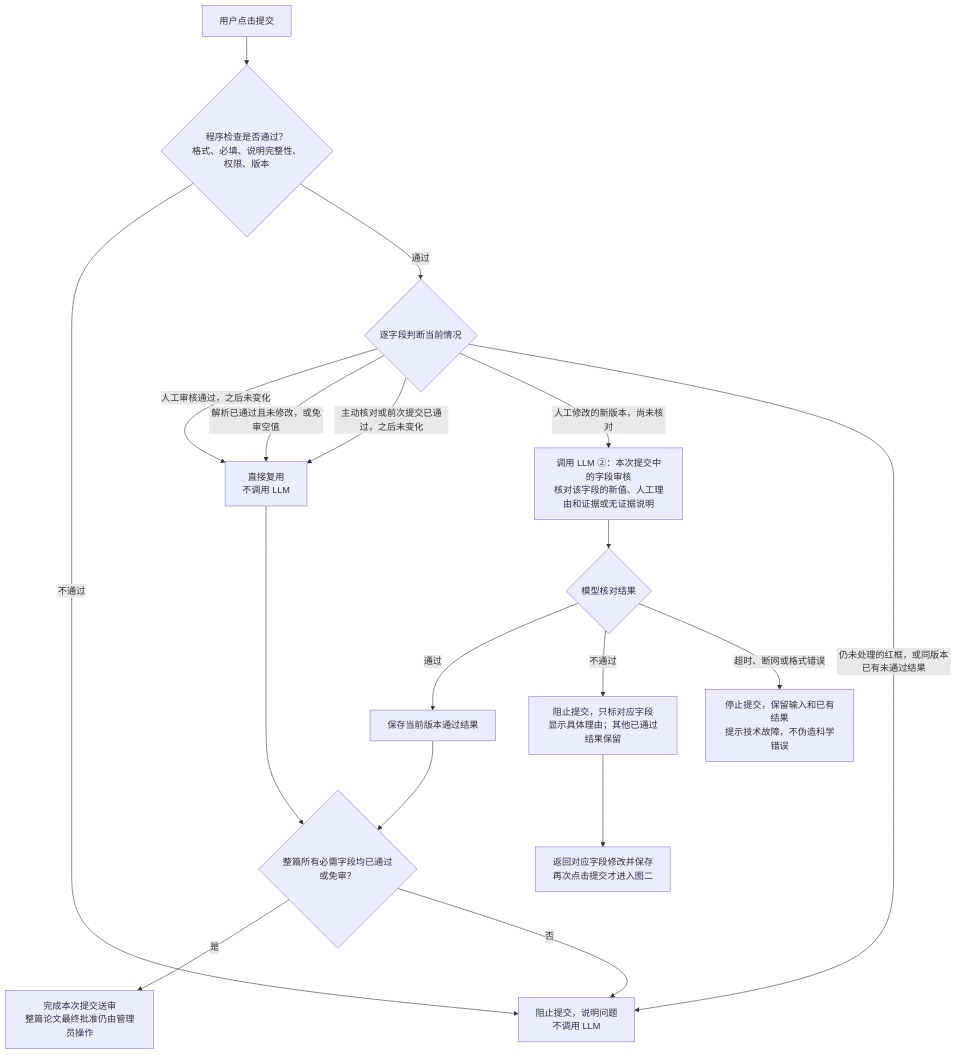
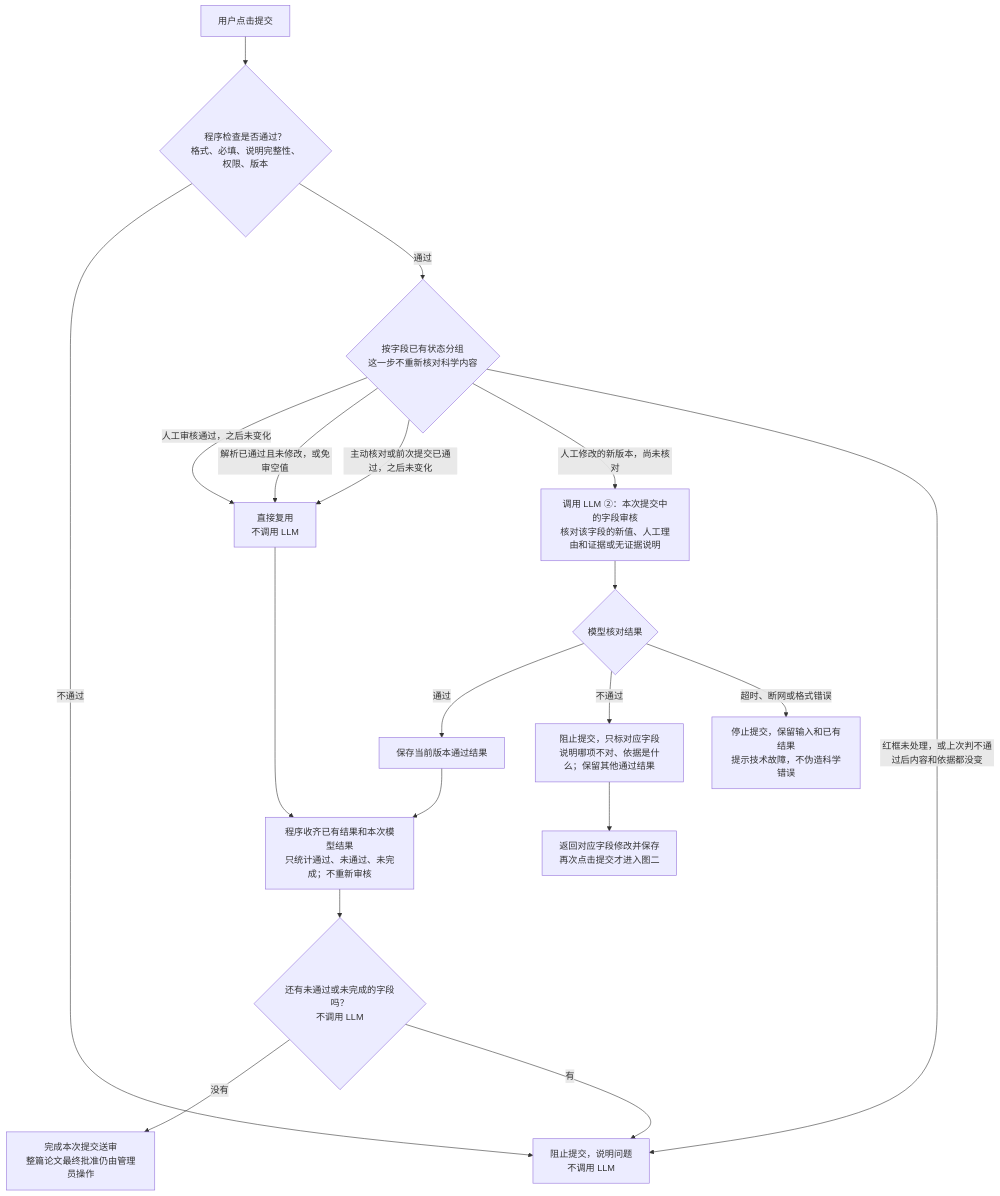
One commit to JLU-ICCMS-MaYuan/SC-Wiki changed the second of 3 diagrams in docs/specs/147-two-stage-field-review/review-flow.md. Above: the diagram before and after it, drawn with Mermaid. The commit also changed other lines of this file and 10 other files, not shown here.

````diff
--- a/docs/specs/147-two-stage-field-review/review-flow.md
+++ b/docs/specs/147-two-stage-field-review/review-flow.md
@@ -39,20 +39,21 @@
 ```mermaid
 flowchart TD
     S[用户点击提交] --> P{程序检查是否通过？<br/>格式、必填、说明完整性、权限、版本}
     P -->|不通过| B[阻止提交，说明问题<br/>不调用 LLM]
-    P -->|通过| C{逐字段判断当前情况}
+    P -->|通过| C{按字段已有状态分组<br/>这一步不重新核对科学内容}
     C -->|人工审核通过，之后未变化| R[直接复用<br/>不调用 LLM]
     C -->|解析已通过且未修改，或免审空值| R
     C -->|主动核对或前次提交已通过，之后未变化| R
     C -->|人工修改的新版本，尚未核对| L2[调用 LLM ②：本次提交中的字段审核<br/>核对该字段的新值、人工理由和证据或无证据说明]
-    C -->|仍未处理的红框，或同版本已有未通过结果| B
+    C -->|红框未处理，或上次判不通过后内容和依据都没变| B
     L2 --> V{模型核对结果}
     V -->|通过| K[保存当前版本通过结果]
-    V -->|不通过| F[阻止提交，只标对应字段<br/>显示具体理由；其他已通过结果保留]
+    V -->|不通过| F[阻止提交，只标对应字段<br/>说明哪项不对、依据是什么；保留其他通过结果]
     V -->|超时、断网或格式错误| T[停止提交，保留输入和已有结果<br/>提示技术故障，不伪造科学错误]
-    R --> ALL{整篇所有必需字段均已通过或免审？}
-    K --> ALL
-    ALL -->|是| DONE[完成本次提交送审<br/>整篇论文最终批准仍由管理员操作]
-    ALL -->|否| B
+    R --> COUNT[程序收齐已有结果和本次模型结果<br/>只统计通过、未通过、未完成；不重新审核]
+    K --> COUNT
+    COUNT --> ALL{还有未通过或未完成的字段吗？<br/>不调用 LLM}
+    ALL -->|没有| DONE[完成本次提交送审<br/>整篇论文最终批准仍由管理员操作]
+    ALL -->|有| B
     F --> EDIT[返回对应字段修改并保存<br/>再次点击提交才进入图二]
 ```
````
